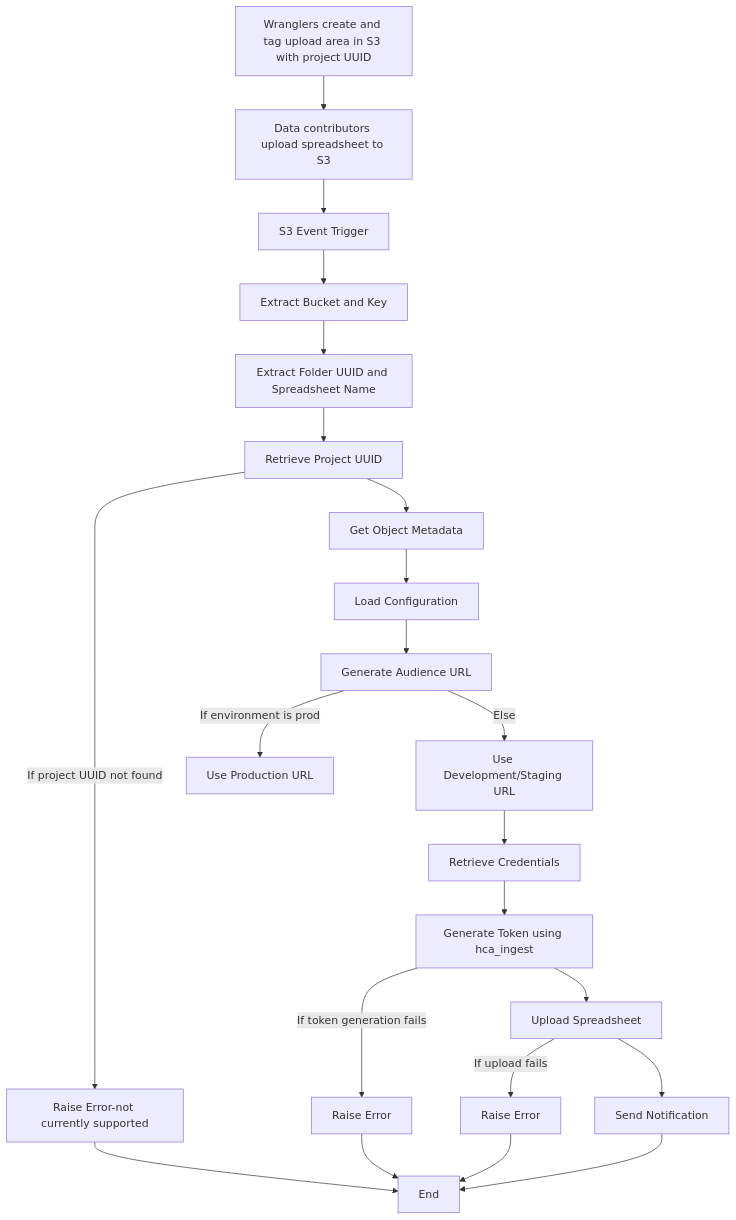
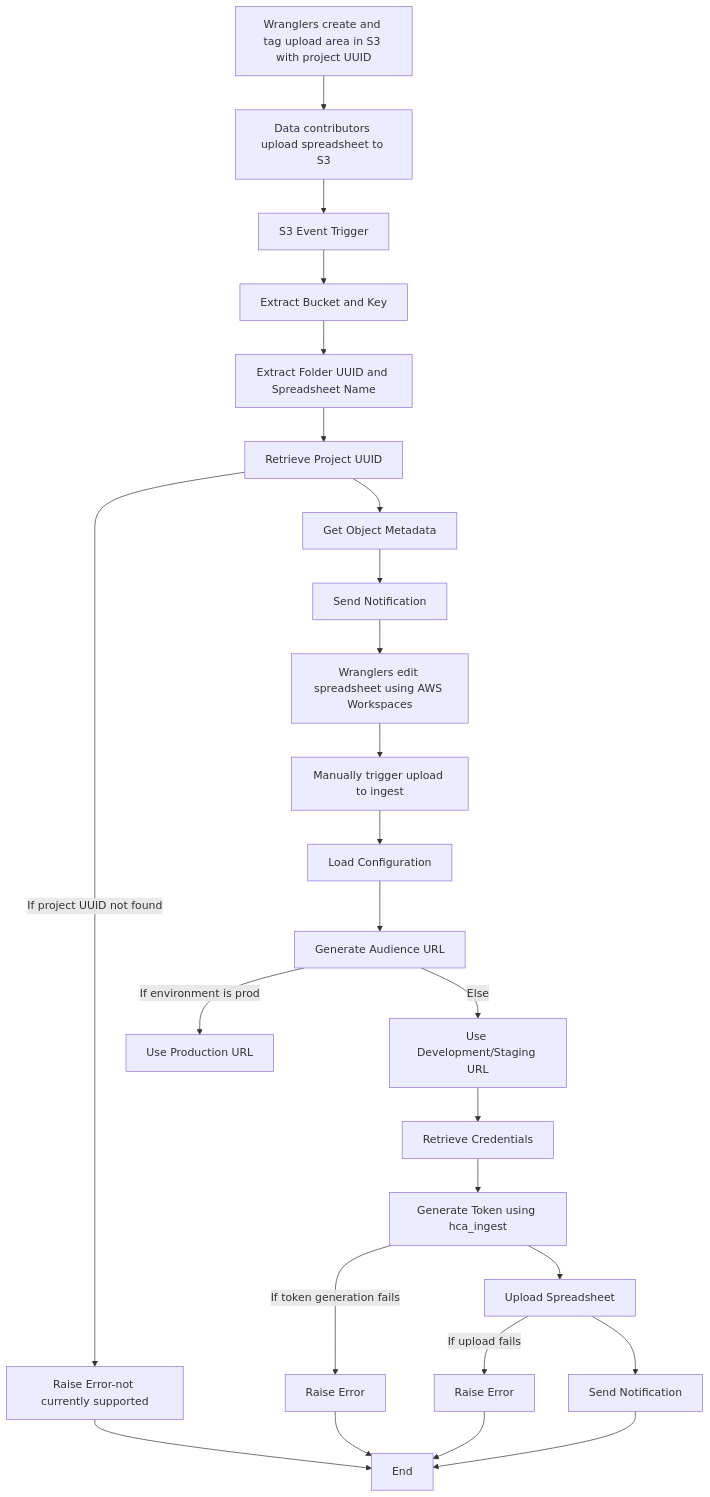
One commit to ebi-ait/dcp-secure-spreadsheet-upload changed the diagram in README.md. Above: the diagram before and after it, drawn with Mermaid.

````diff
--- a/README.md
+++ b/README.md
@@ -33,25 +33,28 @@
 ```mermaid
 flowchart TD
    A[Wranglers create and tag upload area in S3 with project UUID] --> B[Data contributors upload spreadsheet to S3]
    B --> C[S3 Event Trigger]
    C --> D[Extract Bucket and Key]
    D --> E[Extract Folder UUID and Spreadsheet Name]
    E --> F[Retrieve Project UUID]
    F --> |If project UUID not found| G[Raise Error-not currently supported]
    F --> H[Get Object Metadata]
-   H --> I[Load Configuration]
-   I --> J[Generate Audience URL]
-   J --> |If environment is prod| K[Use Production URL]
-   J --> |Else| L[Use Development/Staging URL]
-   L --> M[Retrieve Credentials]
-   M --> N[Generate Token using hca_ingest]
-   N --> |If token generation fails| O[Raise Error]
-   N --> P[Upload Spreadsheet]
-   P --> |If upload fails| Q[Raise Error]
-   P --> R[Send Notification]
-   R --> S[End]
-   G --> S
-   O --> S
-   Q --> S
+   H --> I[Send Notification]
+   I --> J[Wranglers edit spreadsheet using AWS Workspaces]
+   J --> K[Manually trigger upload to ingest]
+   K --> L[Load Configuration]
+   L --> M[Generate Audience URL]
+   M --> |If environment is prod| N[Use Production URL]
+   M --> |Else| O[Use Development/Staging URL]
+   O --> P[Retrieve Credentials]
+   P --> Q[Generate Token using hca_ingest]
+   Q --> |If token generation fails| R[Raise Error]
+   Q --> S[Upload Spreadsheet]
+   S --> |If upload fails| T[Raise Error]
+   S --> U[Send Notification]
+   U --> V[End]
+   G --> V
+   R --> V
+   T --> V
 
 ```
````
